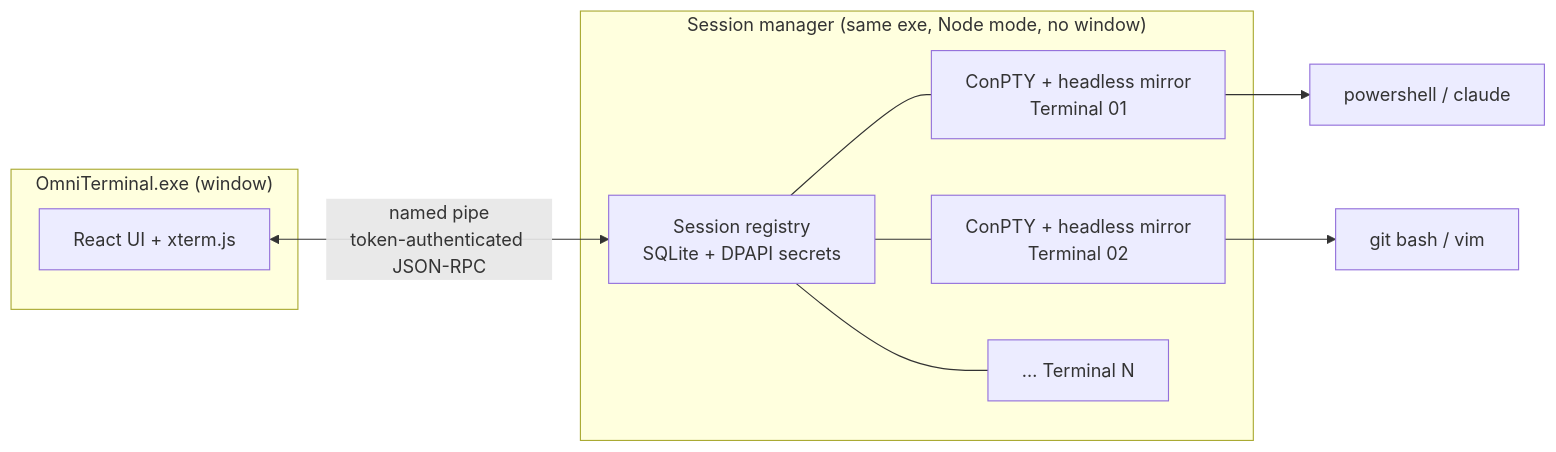
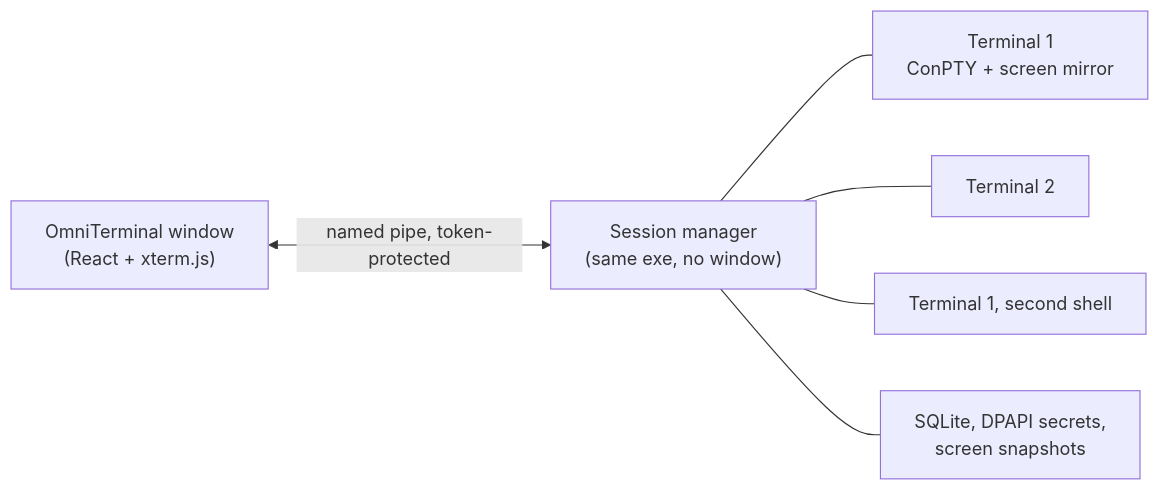
The diagram in README.md (shklala/omniterminal), drawn with Mermaid before and after one commit. The commit also changed other lines of this file and 60 other files, not shown here.

First line of the commit message:
OmniTerminal 1.2.0

````diff
--- a/README.md
+++ b/README.md
@@ -119,18 +148,8 @@
 ```mermaid
 flowchart LR
-  subgraph GUI["OmniTerminal.exe (window)"]
-    R["React UI + xterm.js"]
-  end
-  subgraph SM["Session manager (same exe, Node mode, no window)"]
-    S["Session registry<br/>SQLite + DPAPI secrets"]
-    P1["ConPTY + headless mirror<br/>Terminal 01"]
-    P2["ConPTY + headless mirror<br/>Terminal 02"]
-    PN["… Terminal N"]
-  end
-  R <-- "named pipe<br/>token-authenticated JSON-RPC" --> S
-  S --- P1
-  S --- P2
-  S --- PN
-  P1 --> C1["powershell / claude"]
-  P2 --> C2["git bash / vim"]
+  W["OmniTerminal window<br/>(React + xterm.js)"] <-- "named pipe, token-protected" --> M["Session manager<br/>(same exe, no window)"]
+  M --- A["Terminal 1<br/>ConPTY + screen mirror"]
+  M --- B["Terminal 2"]
+  M --- C["Terminal 1, second shell"]
+  M --- D["SQLite, DPAPI secrets,<br/>screen snapshots"]
 ```
````
